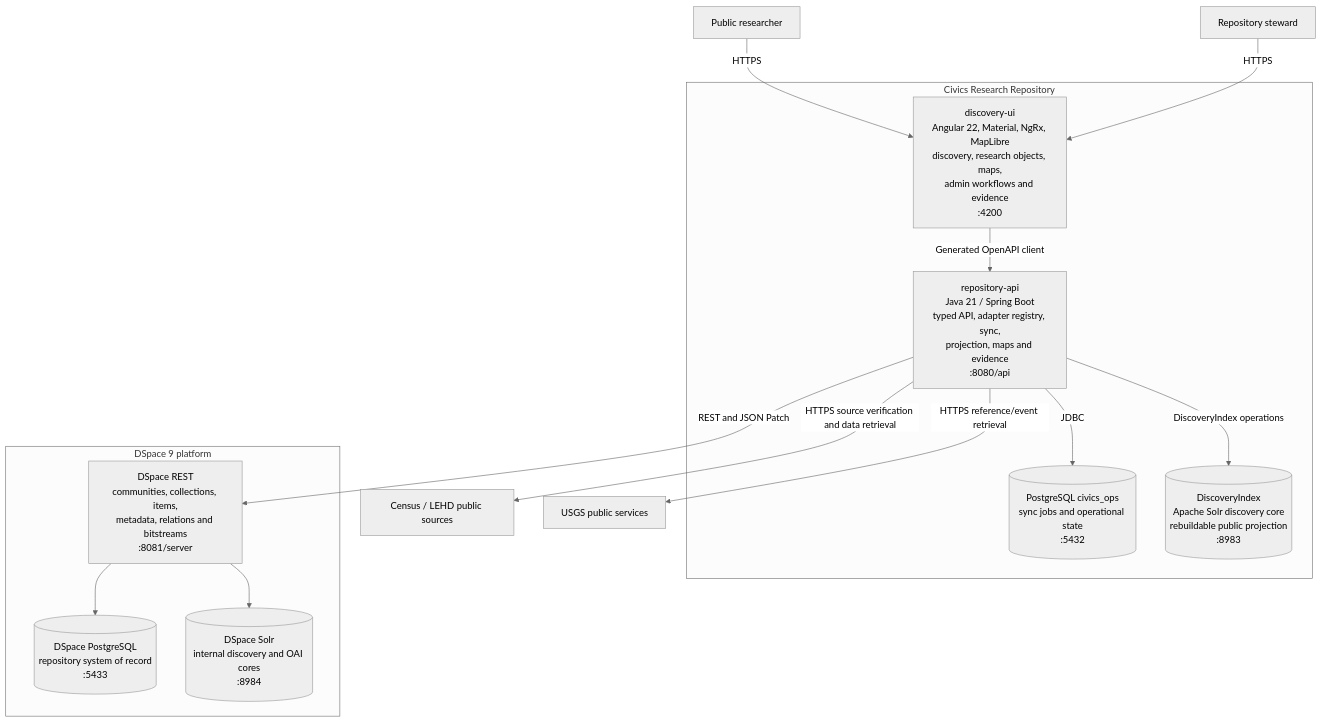
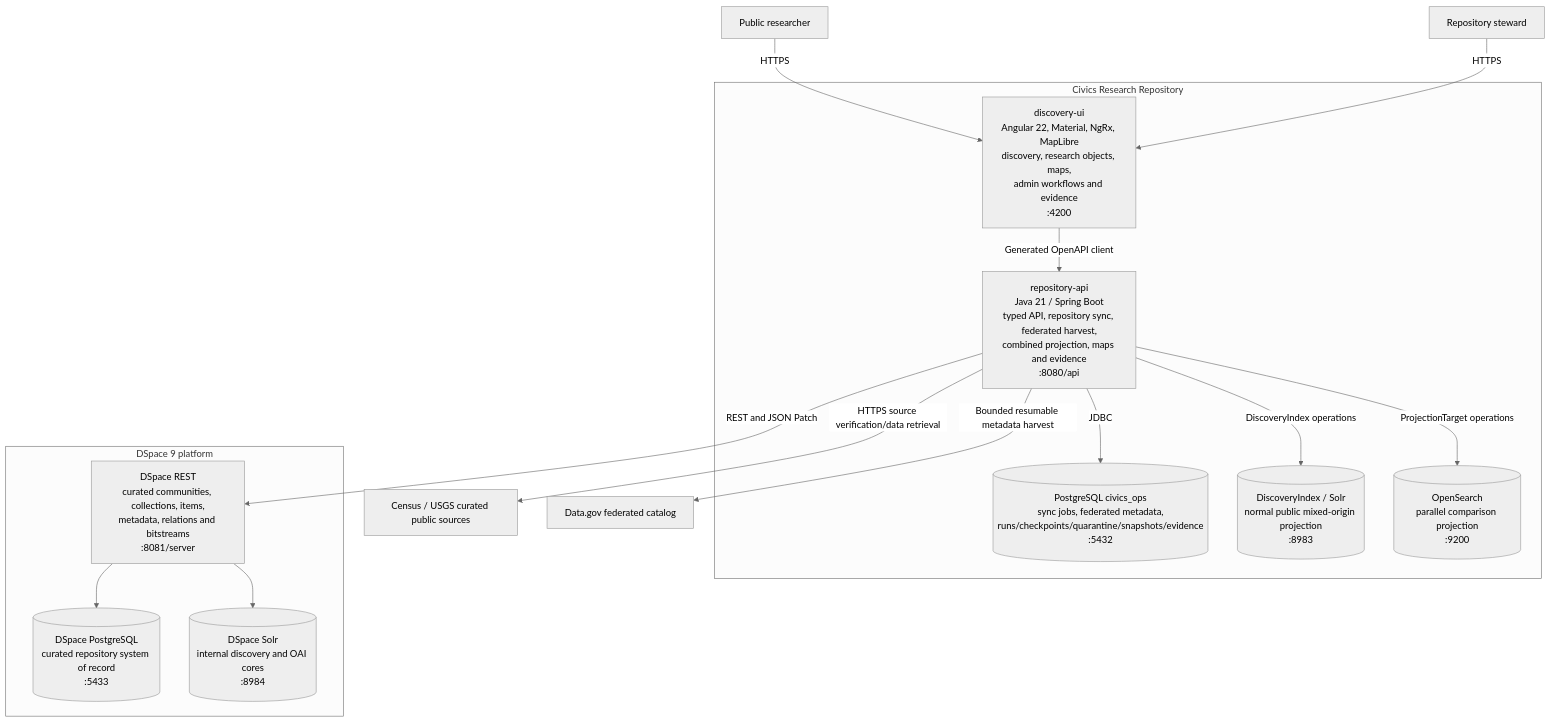
The second of 9 diagrams in documentation/architecture-diagrams.md (JeffreySanford/civics-research-repository), drawn with Mermaid (neutral theme) before and after one commit. The commit also changed other lines of this file, not shown here.

Commit message:
docs: update architecture diagrams for federated discovery

````diff
--- a/documentation/architecture-diagrams.md
+++ b/documentation/architecture-diagrams.md
@@ -27,32 +31,34 @@
 ```mermaid
 flowchart TB
     researcher["Public researcher"]
     steward["Repository steward"]
 
     subgraph app["Civics Research Repository"]
         ui["discovery-ui<br/>Angular 22, Material, NgRx, MapLibre<br/>discovery, research objects, maps,<br/>admin workflows and evidence<br/>:4200"]
-        api["repository-api<br/>Java 21 / Spring Boot<br/>typed API, adapter registry, sync,<br/>projection, maps and evidence<br/>:8080/api"]
-        ops[("PostgreSQL civics_ops<br/>sync jobs and operational state<br/>:5432")]
-        index[("DiscoveryIndex<br/>Apache Solr discovery core<br/>rebuildable public projection<br/>:8983")]
+        api["repository-api<br/>Java 21 / Spring Boot<br/>typed API, repository sync, federated harvest,<br/>combined projection, maps and evidence<br/>:8080/api"]
+        ops[("PostgreSQL civics_ops<br/>sync jobs, federated metadata,<br/>runs/checkpoints/quarantine/snapshots/evidence<br/>:5432")]
+        solr[("DiscoveryIndex / Solr<br/>normal public mixed-origin projection<br/>:8983")]
+        os[("OpenSearch<br/>parallel comparison projection<br/>:9200")]
     end
 
     subgraph dspace["DSpace 9 platform"]
-        rest["DSpace REST<br/>communities, collections, items,<br/>metadata, relations and bitstreams<br/>:8081/server"]
-        db[("DSpace PostgreSQL<br/>repository system of record<br/>:5433")]
+        rest["DSpace REST<br/>curated communities, collections, items,<br/>metadata, relations and bitstreams<br/>:8081/server"]
+        db[("DSpace PostgreSQL<br/>curated repository system of record<br/>:5433")]
         internal[("DSpace Solr<br/>internal discovery and OAI cores<br/>:8984")]
     end
 
-    census["Census / LEHD public sources"]
-    usgs["USGS public services"]
+    curated["Census / USGS curated public sources"]
+    datagov["Data.gov federated catalog"]
 
     researcher -->|HTTPS| ui
     steward -->|HTTPS| ui
     ui -->|Generated OpenAPI client| api
     api -->|JDBC| ops
-    api -->|DiscoveryIndex operations| index
+    api -->|DiscoveryIndex operations| solr
+    api -->|ProjectionTarget operations| os
     api -->|REST and JSON Patch| rest
-    api -->|HTTPS source verification and data retrieval| census
-    api -->|HTTPS reference/event retrieval| usgs
+    api -->|HTTPS source verification/data retrieval| curated
+    api -->|Bounded resumable metadata harvest| datagov
     rest --> db
     rest --> internal
 ```
````
